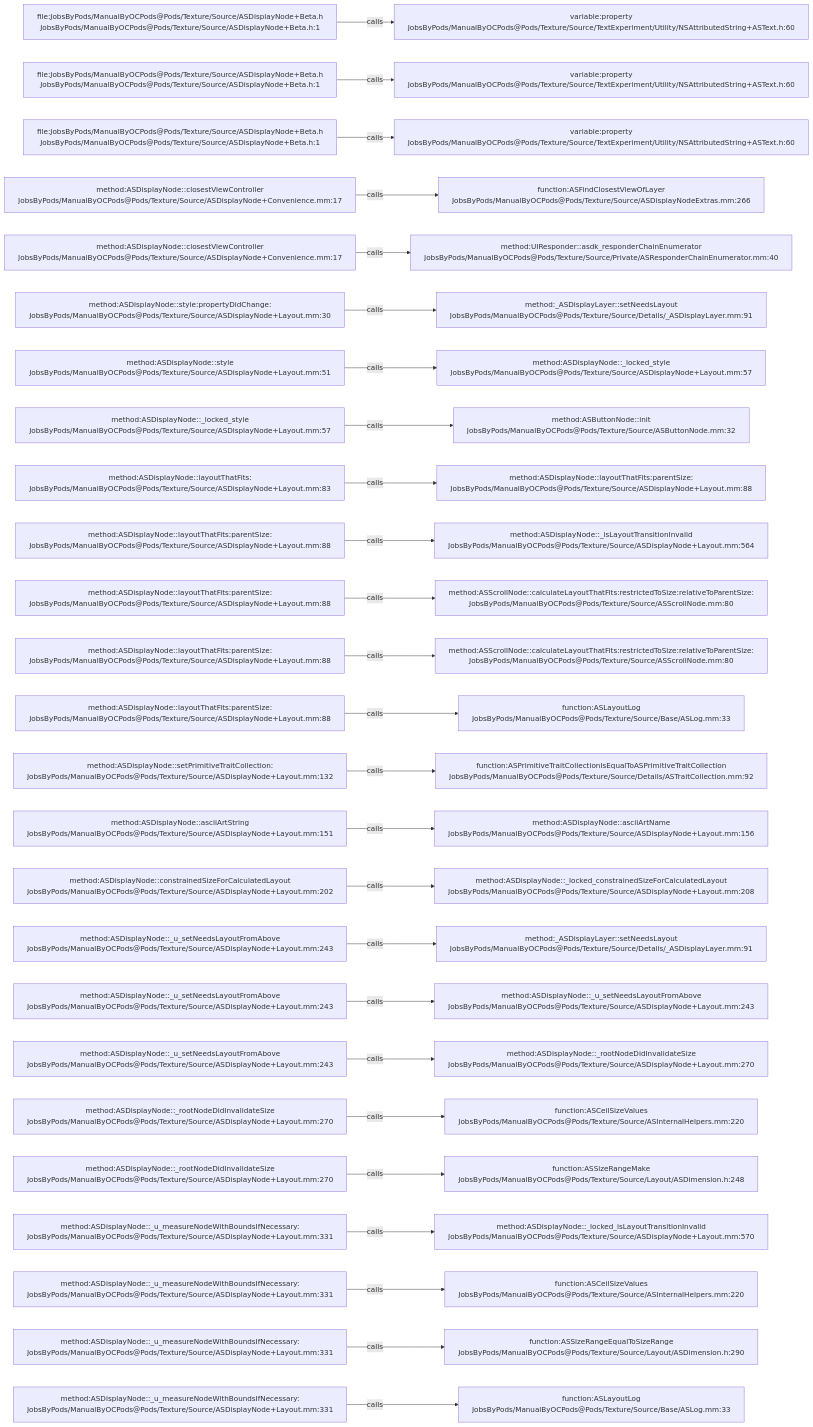
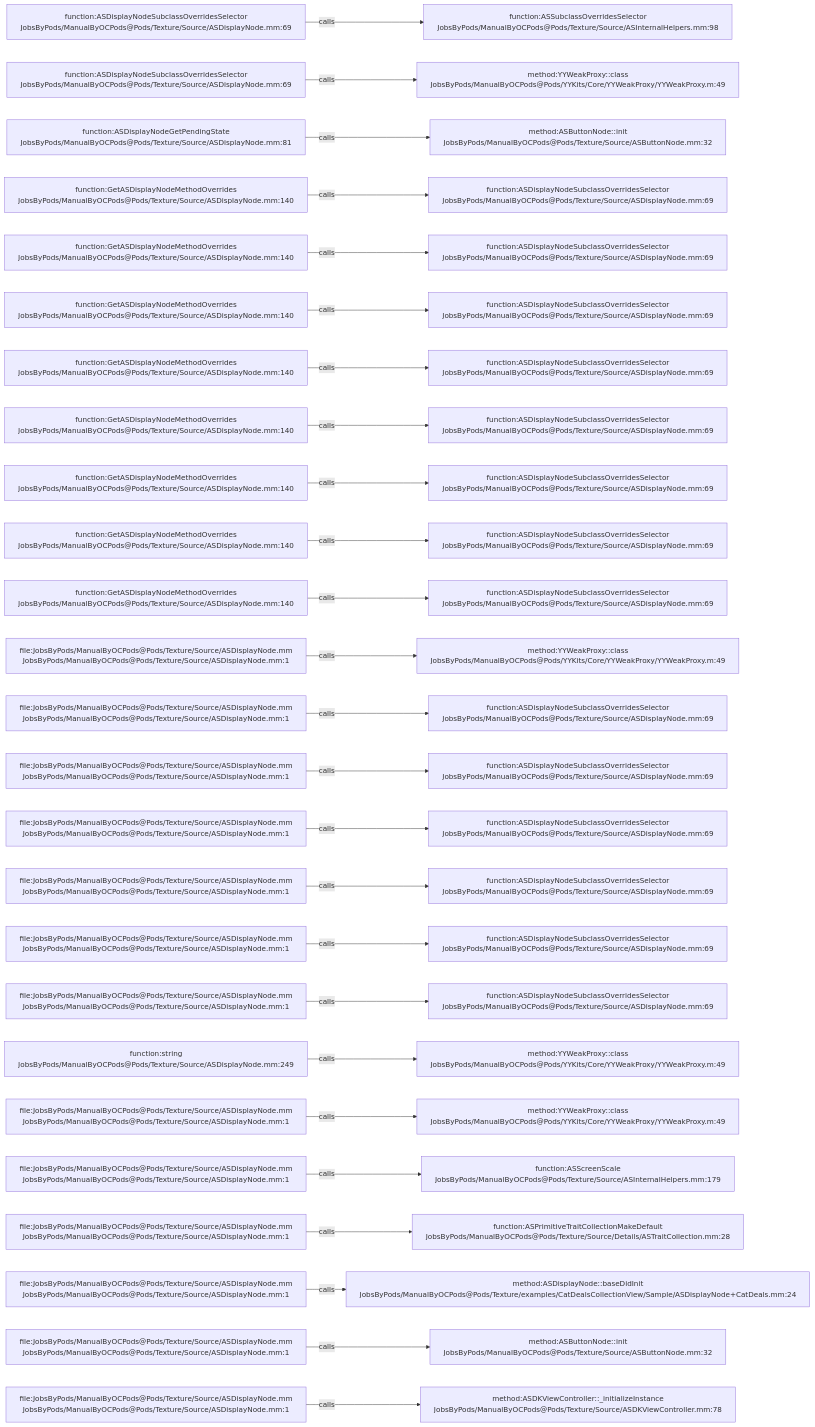
Before and after one commit to JobsKits/JobsOCBaseConfigDemo: the diagram in .codegraph/codegraph.md/graphs/calls-088.md, drawn with Mermaid. The commit also changed 1448 other files, not shown here.

````diff
--- a/.codegraph/codegraph.md/graphs/calls-088.md
+++ b/.codegraph/codegraph.md/graphs/calls-088.md
@@ -13,78 +13,78 @@
 ```mermaid
 flowchart LR
-  S1["file:JobsByPods/ManualByOCPods@Pods/Texture/Source/ASDisplayNode+Beta.h<br/>JobsByPods/ManualByOCPods@Pods/Texture/Source/ASDisplayNode+Beta.h:1"]
-  T1["variable:property<br/>JobsByPods/ManualByOCPods@Pods/Texture/Source/TextExperiment/Utility/NSAttributedString+ASText.h:60"]
+  S1["function:ASDisplayNodeSubclassOverridesSelector<br/>JobsByPods/ManualByOCPods@Pods/Texture/Source/ASDisplayNode.mm:69"]
+  T1["function:ASSubclassOverridesSelector<br/>JobsByPods/ManualByOCPods@Pods/Texture/Source/ASInternalHelpers.mm:98"]
   S1 -->|calls| T1
-  S2["file:JobsByPods/ManualByOCPods@Pods/Texture/Source/ASDisplayNode+Beta.h<br/>JobsByPods/ManualByOCPods@Pods/Texture/Source/ASDisplayNode+Beta.h:1"]
-  T2["variable:property<br/>JobsByPods/ManualByOCPods@Pods/Texture/Source/TextExperiment/Utility/NSAttributedString+ASText.h:60"]
+  S2["function:ASDisplayNodeSubclassOverridesSelector<br/>JobsByPods/ManualByOCPods@Pods/Texture/Source/ASDisplayNode.mm:69"]
+  T2["method:YYWeakProxy::class<br/>JobsByPods/ManualByOCPods@Pods/YYKits/Core/YYWeakProxy/YYWeakProxy.m:49"]
   S2 -->|calls| T2
-  S3["file:JobsByPods/ManualByOCPods@Pods/Texture/Source/ASDisplayNode+Beta.h<br/>JobsByPods/ManualByOCPods@Pods/Texture/Source/ASDisplayNode+Beta.h:1"]
-  T3["variable:property<br/>JobsByPods/ManualByOCPods@Pods/Texture/Source/TextExperiment/Utility/NSAttributedString+ASText.h:60"]
+  S3["function:ASDisplayNodeGetPendingState<br/>JobsByPods/ManualByOCPods@Pods/Texture/Source/ASDisplayNode.mm:81"]
+  T3["method:ASButtonNode::init<br/>JobsByPods/ManualByOCPods@Pods/Texture/Source/ASButtonNode.mm:32"]
   S3 -->|calls| T3
-  S4["method:ASDisplayNode::closestViewController<br/>JobsByPods/ManualByOCPods@Pods/Texture/Source/ASDisplayNode+Convenience.mm:17"]
-  T4["function:ASFindClosestViewOfLayer<br/>JobsByPods/ManualByOCPods@Pods/Texture/Source/ASDisplayNodeExtras.mm:266"]
+  S4["function:GetASDisplayNodeMethodOverrides<br/>JobsByPods/ManualByOCPods@Pods/Texture/Source/ASDisplayNode.mm:140"]
+  T4["function:ASDisplayNodeSubclassOverridesSelector<br/>JobsByPods/ManualByOCPods@Pods/Texture/Source/ASDisplayNode.mm:69"]
   S4 -->|calls| T4
-  S5["method:ASDisplayNode::closestViewController<br/>JobsByPods/ManualByOCPods@Pods/Texture/Source/ASDisplayNode+Convenience.mm:17"]
-  T5["method:UIResponder::asdk_responderChainEnumerator<br/>JobsByPods/ManualByOCPods@Pods/Texture/Source/Private/ASResponderChainEnumerator.mm:40"]
+  S5["function:GetASDisplayNodeMethodOverrides<br/>JobsByPods/ManualByOCPods@Pods/Texture/Source/ASDisplayNode.mm:140"]
+  T5["function:ASDisplayNodeSubclassOverridesSelector<br/>JobsByPods/ManualByOCPods@Pods/Texture/Source/ASDisplayNode.mm:69"]
   S5 -->|calls| T5
-  S6["method:ASDisplayNode::style:propertyDidChange:<br/>JobsByPods/ManualByOCPods@Pods/Texture/Source/ASDisplayNode+Layout.mm:30"]
-  T6["method:_ASDisplayLayer::setNeedsLayout<br/>JobsByPods/ManualByOCPods@Pods/Texture/Source/Details/_ASDisplayLayer.mm:91"]
+  S6["function:GetASDisplayNodeMethodOverrides<br/>JobsByPods/ManualByOCPods@Pods/Texture/Source/ASDisplayNode.mm:140"]
+  T6["function:ASDisplayNodeSubclassOverridesSelector<br/>JobsByPods/ManualByOCPods@Pods/Texture/Source/ASDisplayNode.mm:69"]
   S6 -->|calls| T6
-  S7["method:ASDisplayNode::style<br/>JobsByPods/ManualByOCPods@Pods/Texture/Source/ASDisplayNode+Layout.mm:51"]
-  T7["method:ASDisplayNode::_locked_style<br/>JobsByPods/ManualByOCPods@Pods/Texture/Source/ASDisplayNode+Layout.mm:57"]
+  S7["function:GetASDisplayNodeMethodOverrides<br/>JobsByPods/ManualByOCPods@Pods/Texture/Source/ASDisplayNode.mm:140"]
+  T7["function:ASDisplayNodeSubclassOverridesSelector<br/>JobsByPods/ManualByOCPods@Pods/Texture/Source/ASDisplayNode.mm:69"]
   S7 -->|calls| T7
-  S8["method:ASDisplayNode::_locked_style<br/>JobsByPods/ManualByOCPods@Pods/Texture/Source/ASDisplayNode+Layout.mm:57"]
-  T8["method:ASButtonNode::init<br/>JobsByPods/ManualByOCPods@Pods/Texture/Source/ASButtonNode.mm:32"]
+  S8["function:GetASDisplayNodeMethodOverrides<br/>JobsByPods/ManualByOCPods@Pods/Texture/Source/ASDisplayNode.mm:140"]
+  T8["function:ASDisplayNodeSubclassOverridesSelector<br/>JobsByPods/ManualByOCPods@Pods/Texture/Source/ASDisplayNode.mm:69"]
   S8 -->|calls| T8
-  S9["method:ASDisplayNode::layoutThatFits:<br/>JobsByPods/ManualByOCPods@Pods/Texture/Source/ASDisplayNode+Layout.mm:83"]
-  T9["method:ASDisplayNode::layoutThatFits:parentSize:<br/>JobsByPods/ManualByOCPods@Pods/Texture/Source/ASDisplayNode+Layout.mm:88"]
+  S9["function:GetASDisplayNodeMethodOverrides<br/>JobsByPods/ManualByOCPods@Pods/Texture/Source/ASDisplayNode.mm:140"]
+  T9["function:ASDisplayNodeSubclassOverridesSelector<br/>JobsByPods/ManualByOCPods@Pods/Texture/Source/ASDisplayNode.mm:69"]
   S9 -->|calls| T9
-  S10["method:ASDisplayNode::layoutThatFits:parentSize:<br/>JobsByPods/ManualByOCPods@Pods/Texture/Source/ASDisplayNode+Layout.mm:88"]
-  T10["method:ASDisplayNode::_isLayoutTransitionInvalid<br/>JobsByPods/ManualByOCPods@Pods/Texture/Source/ASDisplayNode+Layout.mm:564"]
+  S10["function:GetASDisplayNodeMethodOverrides<br/>JobsByPods/ManualByOCPods@Pods/Texture/Source/ASDisplayNode.mm:140"]
+  T10["function:ASDisplayNodeSubclassOverridesSelector<br/>JobsByPods/ManualByOCPods@Pods/Texture/Source/ASDisplayNode.mm:69"]
   S10 -->|calls| T10
-  S11["method:ASDisplayNode::layoutThatFits:parentSize:<br/>JobsByPods/ManualByOCPods@Pods/Texture/Source/ASDisplayNode+Layout.mm:88"]
-  T11["method:ASScrollNode::calculateLayoutThatFits:restrictedToSize:relativeToParentSize:<br/>JobsByPods/ManualByOCPods@Pods/Texture/Source/ASScrollNode.mm:80"]
+  S11["function:GetASDisplayNodeMethodOverrides<br/>JobsByPods/ManualByOCPods@Pods/Texture/Source/ASDisplayNode.mm:140"]
+  T11["function:ASDisplayNodeSubclassOverridesSelector<br/>JobsByPods/ManualByOCPods@Pods/Texture/Source/ASDisplayNode.mm:69"]
   S11 -->|calls| T11
-  S12["method:ASDisplayNode::layoutThatFits:parentSize:<br/>JobsByPods/ManualByOCPods@Pods/Texture/Source/ASDisplayNode+Layout.mm:88"]
-  T12["method:ASScrollNode::calculateLayoutThatFits:restrictedToSize:relativeToParentSize:<br/>JobsByPods/ManualByOCPods@Pods/Texture/Source/ASScrollNode.mm:80"]
+  S12["file:JobsByPods/ManualByOCPods@Pods/Texture/Source/ASDisplayNode.mm<br/>JobsByPods/ManualByOCPods@Pods/Texture/Source/ASDisplayNode.mm:1"]
+  T12["method:YYWeakProxy::class<br/>JobsByPods/ManualByOCPods@Pods/YYKits/Core/YYWeakProxy/YYWeakProxy.m:49"]
   S12 -->|calls| T12
-  S13["method:ASDisplayNode::layoutThatFits:parentSize:<br/>JobsByPods/ManualByOCPods@Pods/Texture/Source/ASDisplayNode+Layout.mm:88"]
-  T13["function:ASLayoutLog<br/>JobsByPods/ManualByOCPods@Pods/Texture/Source/Base/ASLog.mm:33"]
+  S13["file:JobsByPods/ManualByOCPods@Pods/Texture/Source/ASDisplayNode.mm<br/>JobsByPods/ManualByOCPods@Pods/Texture/Source/ASDisplayNode.mm:1"]
+  T13["function:ASDisplayNodeSubclassOverridesSelector<br/>JobsByPods/ManualByOCPods@Pods/Texture/Source/ASDisplayNode.mm:69"]
   S13 -->|calls| T13
-  S14["method:ASDisplayNode::setPrimitiveTraitCollection:<br/>JobsByPods/ManualByOCPods@Pods/Texture/Source/ASDisplayNode+Layout.mm:132"]
-  T14["function:ASPrimitiveTraitCollectionIsEqualToASPrimitiveTraitCollection<br/>JobsByPods/ManualByOCPods@Pods/Texture/Source/Details/ASTraitCollection.mm:92"]
+  S14["file:JobsByPods/ManualByOCPods@Pods/Texture/Source/ASDisplayNode.mm<br/>JobsByPods/ManualByOCPods@Pods/Texture/Source/ASDisplayNode.mm:1"]
+  T14["function:ASDisplayNodeSubclassOverridesSelector<br/>JobsByPods/ManualByOCPods@Pods/Texture/Source/ASDisplayNode.mm:69"]
   S14 -->|calls| T14
-  S15["method:ASDisplayNode::asciiArtString<br/>JobsByPods/ManualByOCPods@Pods/Texture/Source/ASDisplayNode+Layout.mm:151"]
-  T15["method:ASDisplayNode::asciiArtName<br/>JobsByPods/ManualByOCPods@Pods/Texture/Source/ASDisplayNode+Layout.mm:156"]
+  S15["file:JobsByPods/ManualByOCPods@Pods/Texture/Source/ASDisplayNode.mm<br/>JobsByPods/ManualByOCPods@Pods/Texture/Source/ASDisplayNode.mm:1"]
+  T15["function:ASDisplayNodeSubclassOverridesSelector<br/>JobsByPods/ManualByOCPods@Pods/Texture/Source/ASDisplayNode.mm:69"]
   S15 -->|calls| T15
-  S16["method:ASDisplayNode::constrainedSizeForCalculatedLayout<br/>JobsByPods/ManualByOCPods@Pods/Texture/Source/ASDisplayNode+Layout.mm:202"]
-  T16["method:ASDisplayNode::_locked_constrainedSizeForCalculatedLayout<br/>JobsByPods/ManualByOCPods@Pods/Texture/Source/ASDisplayNode+Layout.mm:208"]
+  S16["file:JobsByPods/ManualByOCPods@Pods/Texture/Source/ASDisplayNode.mm<br/>JobsByPods/ManualByOCPods@Pods/Texture/Source/ASDisplayNode.mm:1"]
+  T16["function:ASDisplayNodeSubclassOverridesSelector<br/>JobsByPods/ManualByOCPods@Pods/Texture/Source/ASDisplayNode.mm:69"]
   S16 -->|calls| T16
-  S17["method:ASDisplayNode::_u_setNeedsLayoutFromAbove<br/>JobsByPods/ManualByOCPods@Pods/Texture/Source/ASDisplayNode+Layout.mm:243"]
-  T17["method:_ASDisplayLayer::setNeedsLayout<br/>JobsByPods/ManualByOCPods@Pods/Texture/Source/Details/_ASDisplayLayer.mm:91"]
+  S17["file:JobsByPods/ManualByOCPods@Pods/Texture/Source/ASDisplayNode.mm<br/>JobsByPods/ManualByOCPods@Pods/Texture/Source/ASDisplayNode.mm:1"]
+  T17["function:ASDisplayNodeSubclassOverridesSelector<br/>JobsByPods/ManualByOCPods@Pods/Texture/Source/ASDisplayNode.mm:69"]
   S17 -->|calls| T17
-  S18["method:ASDisplayNode::_u_setNeedsLayoutFromAbove<br/>JobsByPods/ManualByOCPods@Pods/Texture/Source/ASDisplayNode+Layout.mm:243"]
-  T18["method:ASDisplayNode::_u_setNeedsLayoutFromAbove<br/>JobsByPods/ManualByOCPods@Pods/Texture/Source/ASDisplayNode+Layout.mm:243"]
+  S18["file:JobsByPods/ManualByOCPods@Pods/Texture/Source/ASDisplayNode.mm<br/>JobsByPods/ManualByOCPods@Pods/Texture/Source/ASDisplayNode.mm:1"]
+  T18["function:ASDisplayNodeSubclassOverridesSelector<br/>JobsByPods/ManualByOCPods@Pods/Texture/Source/ASDisplayNode.mm:69"]
   S18 -->|calls| T18
-  S19["method:ASDisplayNode::_u_setNeedsLayoutFromAbove<br/>JobsByPods/ManualByOCPods@Pods/Texture/Source/ASDisplayNode+Layout.mm:243"]
-  T19["method:ASDisplayNode::_rootNodeDidInvalidateSize<br/>JobsByPods/ManualByOCPods@Pods/Texture/Source/ASDisplayNode+Layout.mm:270"]
+  S19["function:string<br/>JobsByPods/ManualByOCPods@Pods/Texture/Source/ASDisplayNode.mm:249"]
+  T19["method:YYWeakProxy::class<br/>JobsByPods/ManualByOCPods@Pods/YYKits/Core/YYWeakProxy/YYWeakProxy.m:49"]
   S19 -->|calls| T19
-  S20["method:ASDisplayNode::_rootNodeDidInvalidateSize<br/>JobsByPods/ManualByOCPods@Pods/Texture/Source/ASDisplayNode+Layout.mm:270"]
-  T20["function:ASCeilSizeValues<br/>JobsByPods/ManualByOCPods@Pods/Texture/Source/ASInternalHelpers.mm:220"]
+  S20["file:JobsByPods/ManualByOCPods@Pods/Texture/Source/ASDisplayNode.mm<br/>JobsByPods/ManualByOCPods@Pods/Texture/Source/ASDisplayNode.mm:1"]
+  T20["method:YYWeakProxy::class<br/>JobsByPods/ManualByOCPods@Pods/YYKits/Core/YYWeakProxy/YYWeakProxy.m:49"]
   S20 -->|calls| T20
-  S21["method:ASDisplayNode::_rootNodeDidInvalidateSize<br/>JobsByPods/ManualByOCPods@Pods/Texture/Source/ASDisplayNode+Layout.mm:270"]
-  T21["function:ASSizeRangeMake<br/>JobsByPods/ManualByOCPods@Pods/Texture/Source/Layout/ASDimension.h:248"]
+  S21["file:JobsByPods/ManualByOCPods@Pods/Texture/Source/ASDisplayNode.mm<br/>JobsByPods/ManualByOCPods@Pods/Texture/Source/ASDisplayNode.mm:1"]
+  T21["function:ASScreenScale<br/>JobsByPods/ManualByOCPods@Pods/Texture/Source/ASInternalHelpers.mm:179"]
   S21 -->|calls| T21
-  S22["method:ASDisplayNode::_u_measureNodeWithBoundsIfNecessary:<br/>JobsByPods/ManualByOCPods@Pods/Texture/Source/ASDisplayNode+Layout.mm:331"]
-  T22["method:ASDisplayNode::_locked_isLayoutTransitionInvalid<br/>JobsByPods/ManualByOCPods@Pods/Texture/Source/ASDisplayNode+Layout.mm:570"]
+  S22["file:JobsByPods/ManualByOCPods@Pods/Texture/Source/ASDisplayNode.mm<br/>JobsByPods/ManualByOCPods@Pods/Texture/Source/ASDisplayNode.mm:1"]
+  T22["function:ASPrimitiveTraitCollectionMakeDefault<br/>JobsByPods/ManualByOCPods@Pods/Texture/Source/Details/ASTraitCollection.mm:28"]
   S22 -->|calls| T22
-  S23["method:ASDisplayNode::_u_measureNodeWithBoundsIfNecessary:<br/>JobsByPods/ManualByOCPods@Pods/Texture/Source/ASDisplayNode+Layout.mm:331"]
-  T23["function:ASCeilSizeValues<br/>JobsByPods/ManualByOCPods@Pods/Texture/Source/ASInternalHelpers.mm:220"]
+  S23["file:JobsByPods/ManualByOCPods@Pods/Texture/Source/ASDisplayNode.mm<br/>JobsByPods/ManualByOCPods@Pods/Texture/Source/ASDisplayNode.mm:1"]
+  T23["method:ASDisplayNode::baseDidInit<br/>JobsByPods/ManualByOCPods@Pods/Texture/examples/CatDealsCollectionView/Sample/ASDisplayNode+CatDeals.mm:24"]
   S23 -->|calls| T23
-  S24["method:ASDisplayNode::_u_measureNodeWithBoundsIfNecessary:<br/>JobsByPods/ManualByOCPods@Pods/Texture/Source/ASDisplayNode+Layout.mm:331"]
-  T24["function:ASSizeRangeEqualToSizeRange<br/>JobsByPods/ManualByOCPods@Pods/Texture/Source/Layout/ASDimension.h:290"]
+  S24["file:JobsByPods/ManualByOCPods@Pods/Texture/Source/ASDisplayNode.mm<br/>JobsByPods/ManualByOCPods@Pods/Texture/Source/ASDisplayNode.mm:1"]
+  T24["method:ASButtonNode::init<br/>JobsByPods/ManualByOCPods@Pods/Texture/Source/ASButtonNode.mm:32"]
   S24 -->|calls| T24
-  S25["method:ASDisplayNode::_u_measureNodeWithBoundsIfNecessary:<br/>JobsByPods/ManualByOCPods@Pods/Texture/Source/ASDisplayNode+Layout.mm:331"]
-  T25["function:ASLayoutLog<br/>JobsByPods/ManualByOCPods@Pods/Texture/Source/Base/ASLog.mm:33"]
+  S25["file:JobsByPods/ManualByOCPods@Pods/Texture/Source/ASDisplayNode.mm<br/>JobsByPods/ManualByOCPods@Pods/Texture/Source/ASDisplayNode.mm:1"]
+  T25["method:ASDKViewController::_initializeInstance<br/>JobsByPods/ManualByOCPods@Pods/Texture/Source/ASDKViewController.mm:78"]
   S25 -->|calls| T25
 ```
````
